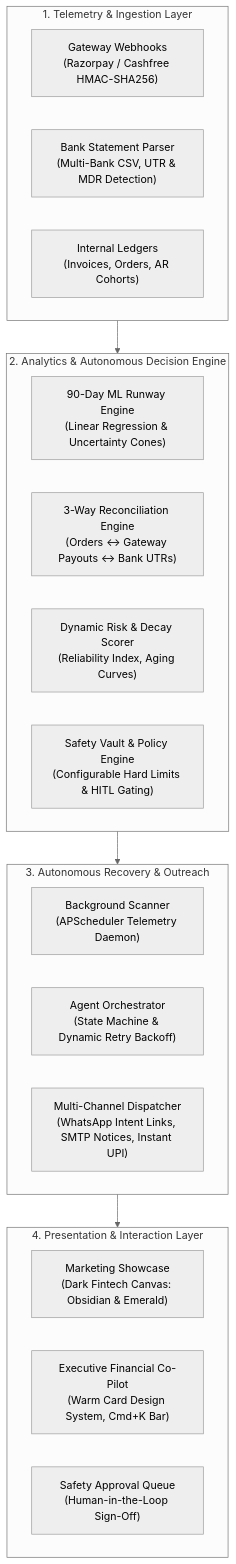
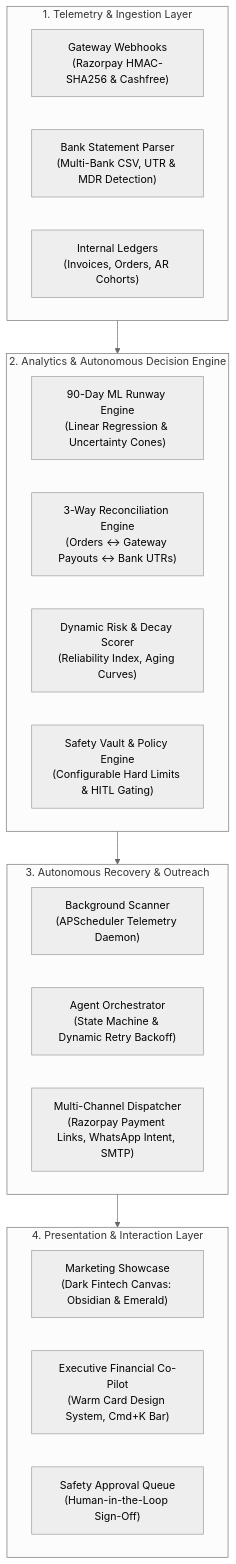
The first of 2 diagrams in README.md (khushikakade/CashPulse-AI), drawn with Mermaid (neutral theme) before and after one commit. The commit also changed other lines of this file, not shown here.

Commit message:
docs: balance and highlight Razorpay payment links, webhooks, and MDR reconciliation

````diff
--- a/README.md
+++ b/README.md
@@ -27,31 +28,31 @@
 ```mermaid
 flowchart TD
     subgraph INGESTION["1. Telemetry & Ingestion Layer"]
-        PG_WH["Gateway Webhooks\n(Razorpay / Cashfree HMAC-SHA256)"]
+        PG_WH["Gateway Webhooks\n(Razorpay HMAC-SHA256 & Cashfree)"]
         BANK_CSV["Bank Statement Parser\n(Multi-Bank CSV, UTR & MDR Detection)"]
         ERP["Internal Ledgers\n(Invoices, Orders, AR Cohorts)"]
     end
 
     subgraph ENGINE["2. Analytics & Autonomous Decision Engine"]
         ML_RUNWAY["90-Day ML Runway Engine\n(Linear Regression & Uncertainty Cones)"]
         RECON["3-Way Reconciliation Engine\n(Orders ↔ Gateway Payouts ↔ Bank UTRs)"]
         RISK_SCORER["Dynamic Risk & Decay Scorer\n(Reliability Index, Aging Curves)"]
         POLICY["Safety Vault & Policy Engine\n(Configurable Hard Limits & HITL Gating)"]
     end
 
     subgraph AUTOMATION["3. Autonomous Recovery & Outreach"]
         SCHEDULER["Background Scanner\n(APScheduler Telemetry Daemon)"]
         ORCHESTRATOR["Agent Orchestrator\n(State Machine & Dynamic Retry Backoff)"]
-        OUTREACH["Multi-Channel Dispatcher\n(WhatsApp Intent Links, SMTP Notices, Instant UPI)"]
+        OUTREACH["Multi-Channel Dispatcher\n(Razorpay Payment Links, WhatsApp Intent, SMTP)"]
     end
 
     subgraph INTERFACES["4. Presentation & Interaction Layer"]
         UI_HERO["Marketing Showcase\n(Dark Fintech Canvas: Obsidian & Emerald)"]
         UI_APP["Executive Financial Co-Pilot\n(Warm Card Design System, Cmd+K Bar)"]
         UI_APPROVALS["Safety Approval Queue\n(Human-in-the-Loop Sign-Off)"]
     end
 
     INGESTION --> ENGINE
     ENGINE --> AUTOMATION
     AUTOMATION --> INTERFACES
 ```
````
